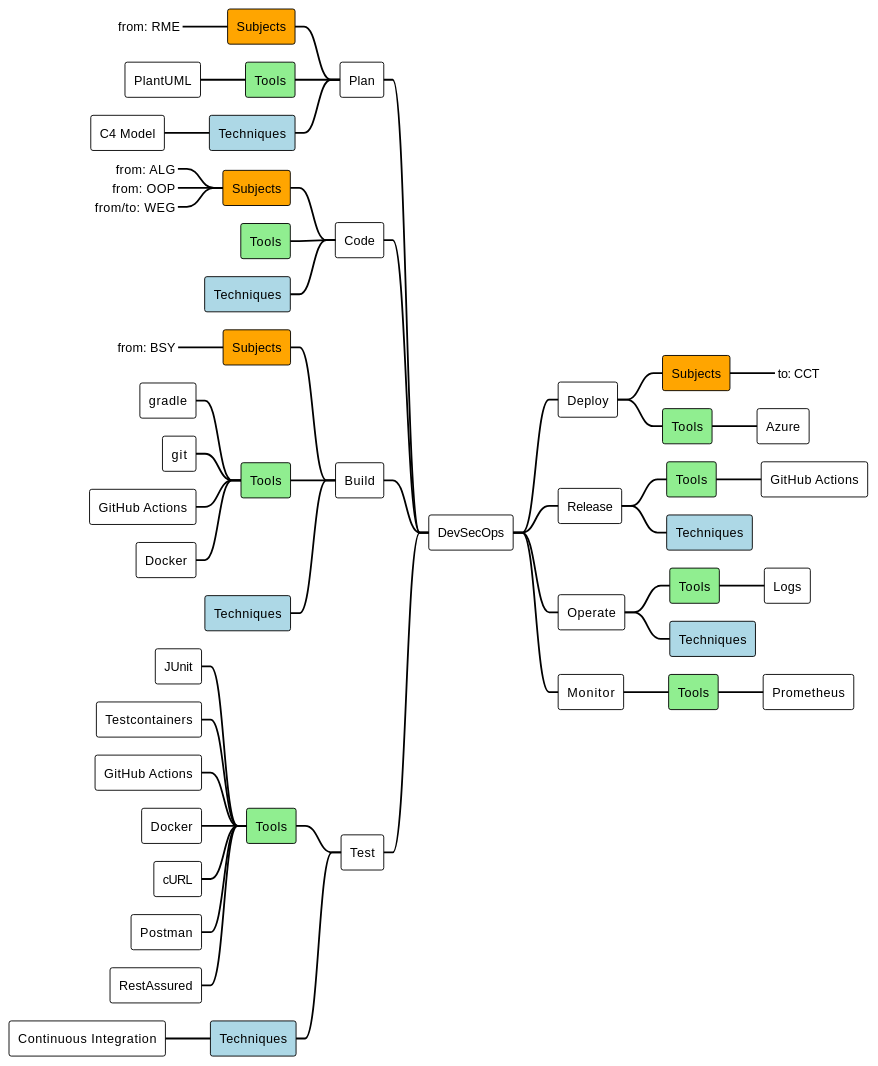
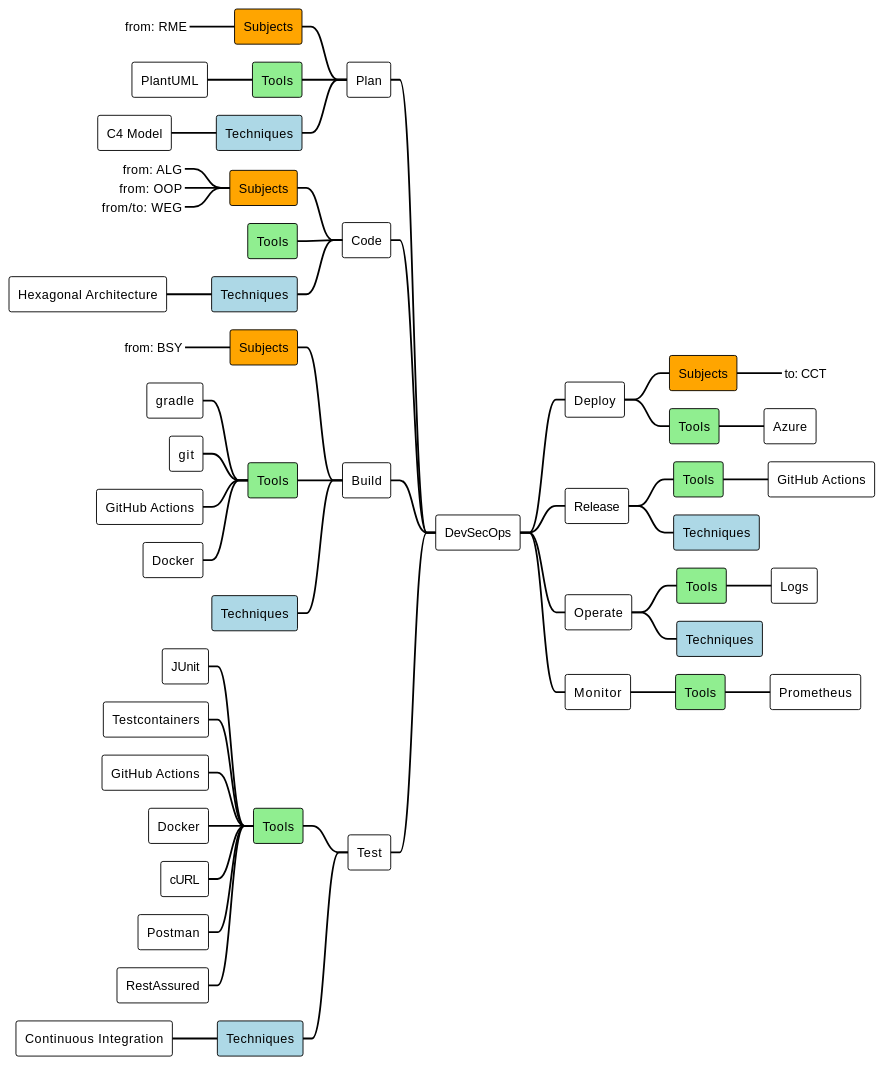
Before and after one commit to nds-swe/swdt: the diagram in docs/guiding-thread.md, drawn with PlantUML. The commit also changed 6 other files, not shown here.

````diff
--- a/docs/guiding-thread.md
+++ b/docs/guiding-thread.md
@@ -45,79 +45,80 @@
 ```plantuml
 @startmindmap
 
 <style>
 node {
   BackgroundColor white
   LineColor black
   LineThickness 1.0
   RoundCorner 5
 }
 arrow {
   LineThickness 2
   LineColor black
 }
 </style>
 
 
 + DevSecOps
 -- Plan
 ---[#orange] Subjects
 ----_ from: RME
 ---[#lightgreen] Tools
 ---- PlantUML
 ---[#lightblue] Techniques
 ---- C4 Model
 
 -- Code
 ---[#orange] Subjects
 ----_ from: ALG
 ----_ from: OOP
 ----_ from/to: WEG
 ---[#lightgreen] Tools
 ---[#lightblue] Techniques
+---- Hexagonal Architecture
 
 -- Build
 ---[#orange] Subjects
 ----_ from: BSY
 ---[#lightgreen] Tools
 ---- gradle
 ---- git
 ---- GitHub Actions
 ---- Docker
 ---[#lightblue] Techniques
 
 -- Test
 ---[#lightgreen] Tools
 ---- JUnit
 ---- Testcontainers
 ---- GitHub Actions
 ---- Docker
 ---- cURL
 ---- Postman
 ---- RestAssured
 ---[#lightblue] Techniques
 ---- Continuous Integration
 
 
 ++ Deploy
 +++[#orange] Subjects
 ++++_ to: CCT
 +++[#lightgreen] Tools
 ++++ Azure
 
 ++ Release
 +++[#lightgreen] Tools
 ++++ GitHub Actions
 +++[#lightblue] Techniques
 
 ++ Operate
 +++[#lightgreen] Tools
 ++++ Logs
 +++[#lightblue] Techniques
 
 ++ Monitor
 +++[#lightgreen] Tools
 ++++ Prometheus
 @endmindmap
 
 ```
````
